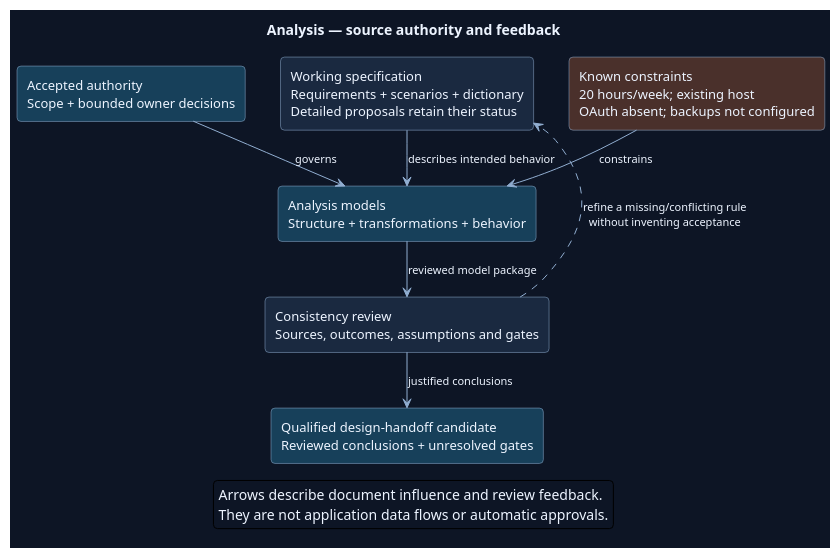
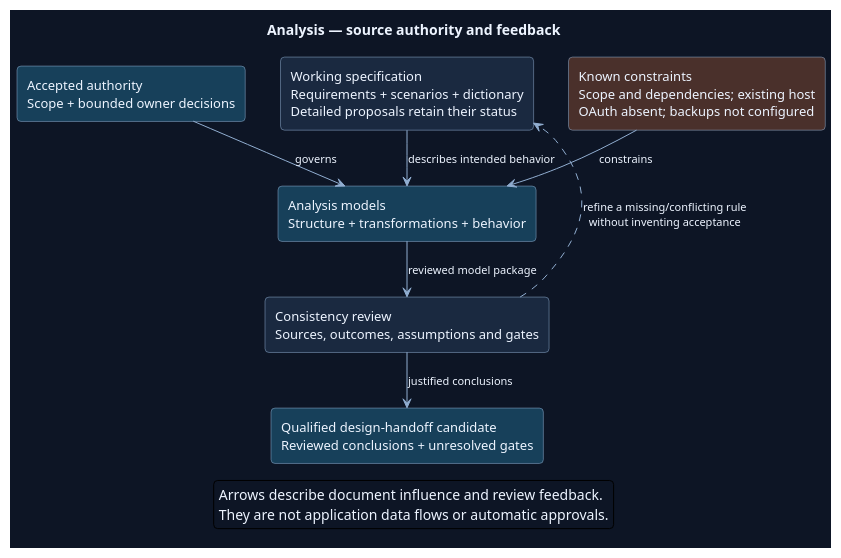
Before and after one commit to Farhad-V/Web-Resumefolio: the diagram in Docs/SDLC/03-System-Analysis/Diagrams/Analysis-Inputs-And-Outputs.puml, drawn with PlantUML. The commit also changed 34 other files, not shown here.

Commit message:
docs: align SDLC plans and diagrams with scope-driven delivery

```diff
--- a/Docs/SDLC/03-System-Analysis/Diagrams/Analysis-Inputs-And-Outputs.puml
+++ b/Docs/SDLC/03-System-Analysis/Diagrams/Analysis-Inputs-And-Outputs.puml
@@ -1,48 +1,48 @@
 @startuml
 ' OWNER-MVP-2026-11-04 review: MVP core / cross-cutting. Core presentation/application/files or shared authority/recovery invariant remains applicable.
 skinparam backgroundColor #0D1525
 skinparam defaultFontColor #EDF4FF
 skinparam defaultFontName Segoe UI
 skinparam defaultFontSize 13
 skinparam shadowing false
 skinparam roundcorner 8
 skinparam ArrowColor #91AED1
 skinparam ArrowFontSize 11
 skinparam packageStyle rectangle
 skinparam classAttributeIconSize 0
 hide circle
 skinparam classBackgroundColor #1A2940
 skinparam classBorderColor #91AED1
 skinparam classHeaderBackgroundColor #17405A
 skinparam noteBackgroundColor #4A302B
 skinparam noteBorderColor #F1AD8A
 skinparam rectangleBackgroundColor #1A2940
 skinparam rectangleBorderColor #91AED1
 skinparam activityBackgroundColor #1A2940
 skinparam activityBorderColor #91AED1
 skinparam activityDiamondBackgroundColor #17405A
 skinparam activityDiamondBorderColor #91AED1
 skinparam nodesep 35
 skinparam ranksep 40
 hide empty members
 title Analysis — source authority and feedback
 top to bottom direction
 rectangle "Accepted authority\nScope + bounded owner decisions" as A #17405A
 rectangle "Working specification\nRequirements + scenarios + dictionary\nDetailed proposals retain their status" as W
-rectangle "Known constraints\n20 hours/week; existing host\nOAuth absent; backups not configured" as F #4A302B
+rectangle "Known constraints\nScope and dependencies; existing host\nOAuth absent; backups not configured" as F #4A302B
 rectangle "Analysis models\nStructure + transformations + behavior" as M #17405A
 rectangle "Consistency review\nSources, outcomes, assumptions and gates" as R
 rectangle "Qualified design-handoff candidate\nReviewed conclusions + unresolved gates" as H #17405A
 A -[hidden]right- W
 W -[hidden]right- F
 A --> M : governs
 W --> M : describes intended behavior
 F --> M : constrains
 M --> R : reviewed model package
 R --> H : justified conclusions
 R -[dashed,norank]-> W : refine a missing/conflicting rule\nwithout inventing acceptance
 legend bottom
 Arrows describe document influence and review feedback.
 They are not application data flows or automatic approvals.
 endlegend
 @enduml
```
